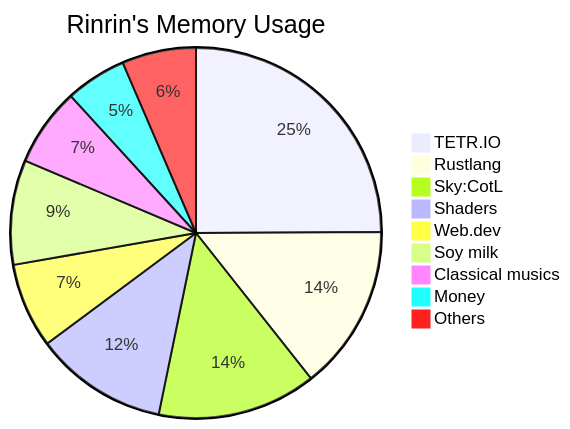
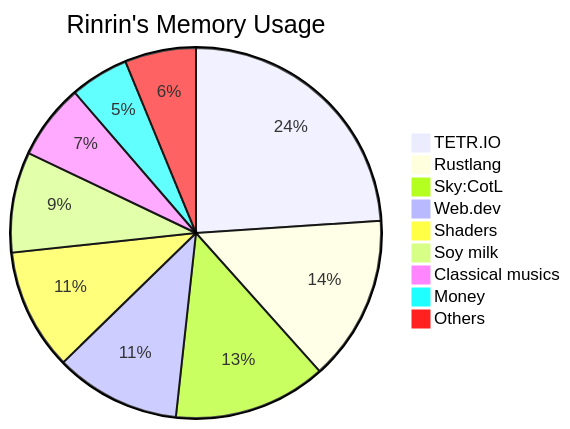
The diagram in README.md (Rinrin0413/Rinrin0413), drawn with Mermaid before and after one commit.

Commit message:
Update:Rinrin's Memory Usage

````diff
--- a/README.md
+++ b/README.md
@@ -74,12 +74,12 @@
 ```mermaid
 pie title Rinrin's Memory Usage
     "TETR.IO": 131
-    "Rustlang": 76
+    "Rustlang": 79
     "Sky:CotL": 73
-    "Shaders": 61
-    "Web.dev": 39
+    "Web.dev": 60
+    "Shaders": 58
     "Soy milk": 48
     "Classical musics": 36
     "Money": 28
     "Others": 34
 ```
````
